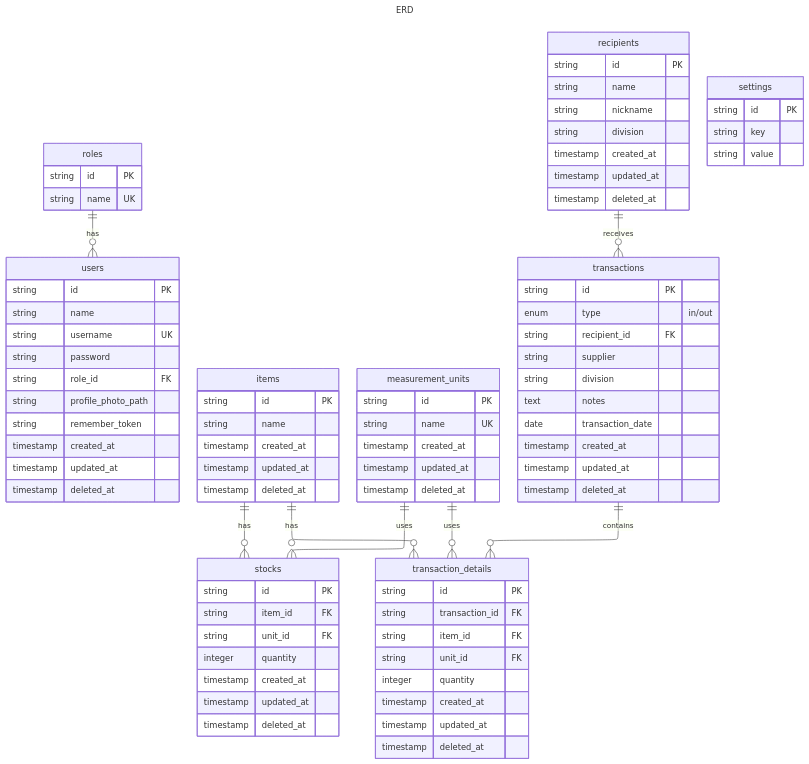
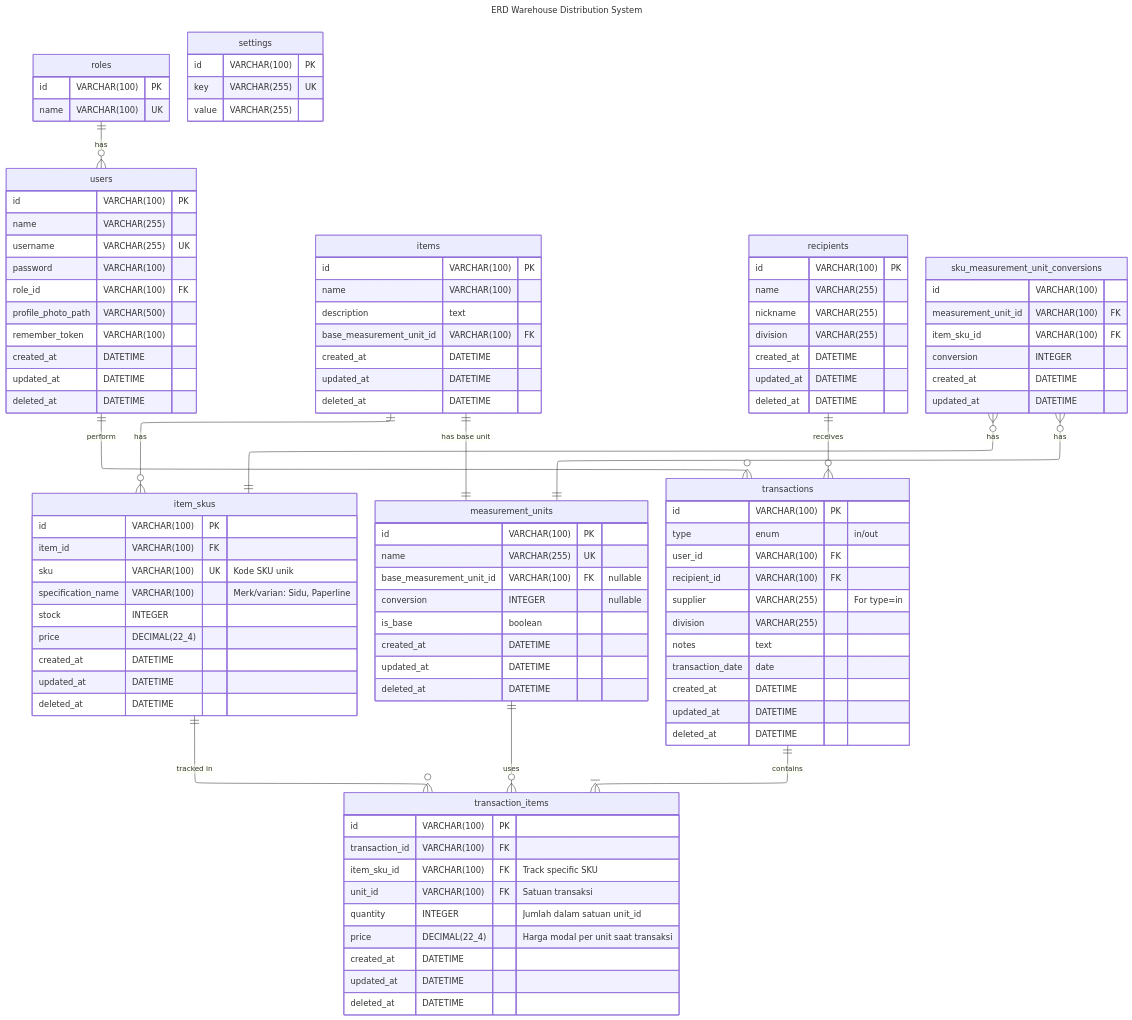
Before and after one commit to juntralala/cat: the diagram in docs/erd.final.mermaid, drawn with Mermaid.

Commit message:
chore: change database relasional design for price and item measurement unit conversions

```diff
--- a/docs/erd.final.mermaid
+++ b/docs/erd.final.mermaid
@@ -1,98 +1,120 @@
 ---
-title: ERD
+title: ERD Warehouse Distribution System
 config:
- theme: default
- layout: elk
+  #theme: default
+  layout: elk
 ---
 erDiagram
     roles ||--o{ users : "has"
-    items ||--o{ stocks : "has"
-    items ||--o{ transaction_details : "has"
-    measurement_units ||--o{ stocks : "uses"
-    measurement_units ||--o{ transaction_details : "uses"
+    items ||--o{ item_skus : "has"
+    item_skus ||--o{ transaction_items : "tracked in"
+    measurement_units ||--o{ transaction_items : "uses"
     recipients ||--o{ transactions : "receives"
-    transactions ||--o{ transaction_details : "contains"
+    items ||--|| measurement_units : "has base unit"
+    transactions ||--|{ transaction_items : "contains"
+    sku_measurement_unit_conversions }o--|| item_skus : "has"
+    sku_measurement_unit_conversions }o--|| measurement_units : "has"
+    users ||--o{ transactions : "perform"
 
     roles {
-        string id PK
-        string name UK
+        id VARCHAR(100) PK
+        name VARCHAR(100) UK
     }
 
     users {
-        string id PK
-        string name
-        string username UK
-        string password
-        string role_id FK
-        string profile_photo_path
-        string remember_token
-        timestamp created_at
-        timestamp updated_at
-        timestamp deleted_at
+        id VARCHAR(100) PK
+        name VARCHAR(255)
+        username VARCHAR(255) UK
+        password VARCHAR(100)
+        role_id VARCHAR(100) FK
+        profile_photo_path VARCHAR(500)
+        remember_token VARCHAR(100)
+        created_at DATETIME
+        updated_at DATETIME
+        deleted_at DATETIME
     }
 
     settings {
-        string id PK
-        string key
-        string value
+        id VARCHAR(100) PK
+        key VARCHAR(255) UK
+        value VARCHAR(255)
     }
 
+    %% mendukung konversi secara global atau per sku
     measurement_units {
-        string id PK
-        string name UK
-        timestamp created_at
-        timestamp updated_at
-        timestamp deleted_at
+        id VARCHAR(100) PK
+        name VARCHAR(255) UK
+        base_measurement_unit_id VARCHAR(100) FK "nullable"
+        conversion INTEGER "nullable"
+        is_base boolean
+        created_at DATETIME
+        updated_at DATETIME
+        deleted_at DATETIME
+    } 
+
+    recipients {
+        id VARCHAR(100) PK
+        name VARCHAR(255)
+        nickname VARCHAR(255)
+        division VARCHAR(255)
+        created_at DATETIME
+        updated_at DATETIME
+        deleted_at DATETIME
+    }
+
+    transactions {
+        id VARCHAR(100) PK
+        type enum "in/out"
+        user_id VARCHAR(100) FK
+        recipient_id VARCHAR(100) FK
+        supplier VARCHAR(255) "For type=in"
+        division VARCHAR(255)
+        notes text
+        transaction_date date
+        created_at DATETIME
+        updated_at DATETIME
+        deleted_at DATETIME
+    }
+
+    transaction_items {
+        id VARCHAR(100) PK
+        transaction_id VARCHAR(100) FK
+        item_sku_id VARCHAR(100) FK "Track specific SKU"
+        unit_id VARCHAR(100) FK "Satuan transaksi"
+        quantity INTEGER "Jumlah dalam satuan unit_id"
+        price DECIMAL(22_4) "Harga modal per unit saat transaksi"
+        created_at DATETIME
+        updated_at DATETIME
+        deleted_at DATETIME
     }
 
     items {
-        string id PK
-        string name
-        timestamp created_at
-        timestamp updated_at
-        timestamp deleted_at
+        id VARCHAR(100) PK
+        name VARCHAR(100)
+        description text
+        base_measurement_unit_id VARCHAR(100) FK
+        created_at DATETIME
+        updated_at DATETIME
+        deleted_at DATETIME
     }
 
-    stocks {
-        string id PK
-        string item_id FK
-        string unit_id FK
-        integer quantity
-        timestamp created_at
-        timestamp updated_at
-        timestamp deleted_at
+    item_skus {
+        id VARCHAR(100) PK
+        item_id VARCHAR(100) FK
+        sku VARCHAR(100) UK "Kode SKU unik"
+        specification_name VARCHAR(100) "Merk/varian: Sidu, Paperline"
+        stock INTEGER
+        price DECIMAL(22_4)
+        created_at DATETIME
+        updated_at DATETIME
+        deleted_at DATETIME
     }
 
-    recipients {
-        string id PK
-        string name
-        string nickname
-        string division
-        timestamp created_at
-        timestamp updated_at
-        timestamp deleted_at
+    sku_measurement_unit_conversions {
+        id VARCHAR(100)
+        measurement_unit_id VARCHAR(100) FK
+        item_sku_id VARCHAR(100) FK
+        conversion INTEGER
+        created_at DATETIME
+        updated_at DATETIME
     }
-
-    transactions {
-        string id PK
-        enum type "in/out"
-        string recipient_id FK
-        string supplier
-        string division
-        text notes
-        date transaction_date
-        timestamp created_at
-        timestamp updated_at
-        timestamp deleted_at
-    }
-
-    transaction_details {
-        string id PK
-        string transaction_id FK
-        string item_id FK
-        string unit_id FK
-        integer quantity
-        timestamp created_at
-        timestamp updated_at
-        timestamp deleted_at
-    }
```
